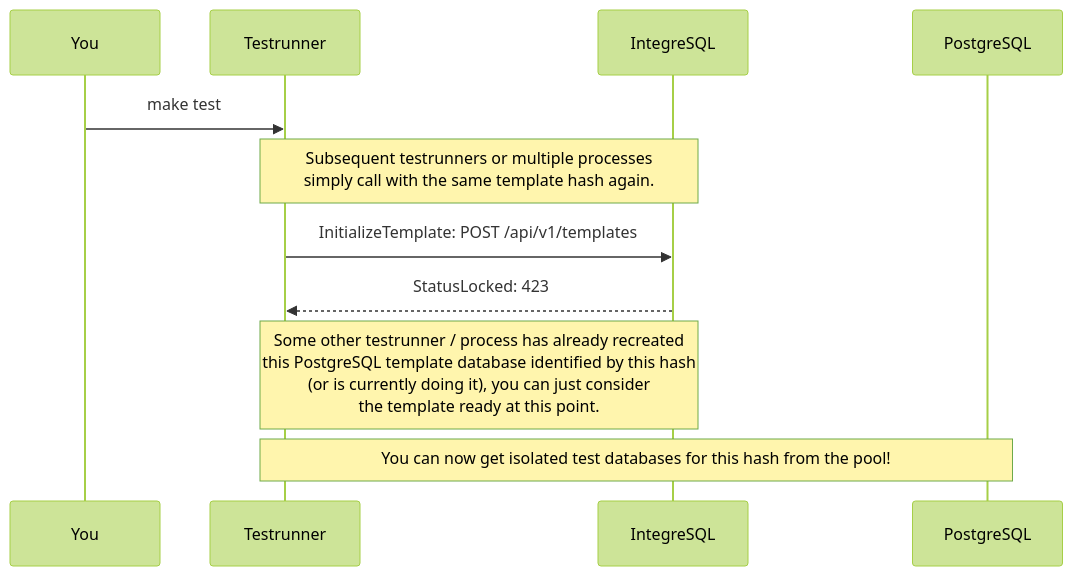
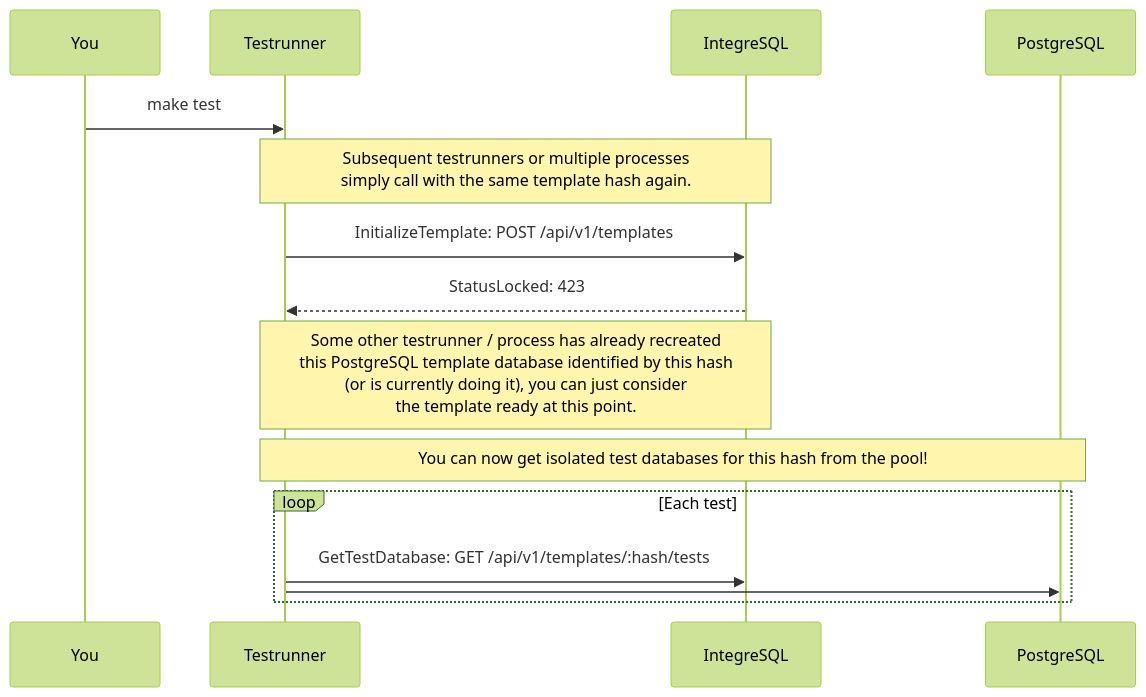
One commit to allaboutapps/integresql changed the third of 9 diagrams in README.md. Above: the diagram before and after it, drawn with Mermaid (forest theme). The commit also changed other lines of this file, not shown here.

Commit message:
intro diagram

````diff
--- a/README.md
+++ b/README.md
@@ -262,15 +293,20 @@
 ```mermaid
 sequenceDiagram
 
     You->>Testrunner: make test
 
     Note over Testrunner,IntegreSQL: Subsequent testrunners or multiple processes <br/> simply call with the same template hash again.
 
     Testrunner->>IntegreSQL: InitializeTemplate: POST /api/v1/templates
     IntegreSQL-->>Testrunner: StatusLocked: 423
 
     Note over Testrunner,IntegreSQL: Some other testrunner / process has already recreated <br/> this PostgreSQL template database identified by this hash<br/> (or is currently doing it), you can just consider<br/> the template ready at this point.
 
-    Note over Testrunner,PostgreSQL: You can now get isolated test databases for this hash from the pool! 
+    Note over Testrunner,PostgreSQL: You can now get isolated test databases for this hash from the pool!
+
+    loop Each test
+      Testrunner->>IntegreSQL: GetTestDatabase: GET /api/v1/templates/:hash/tests
+      Testrunner->>PostgreSQL: 
+    end
 
 ```
````
